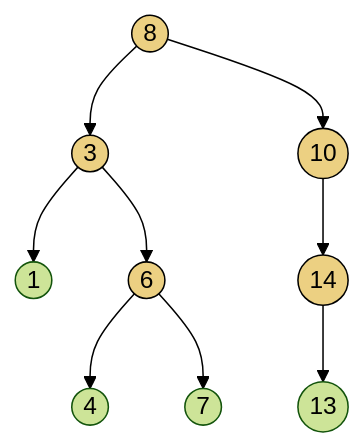
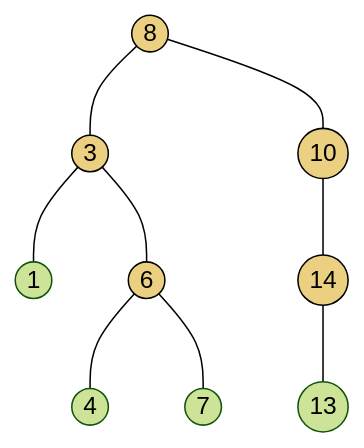
Before and after one commit to ruslylove/datastruct: the ninth of 9 diagrams in lectures/lect-9-Trees.md, drawn with Mermaid (forest theme). The commit also changed other lines of this file and 19 other files, not shown here.

````diff
--- a/lectures/lect-9-Trees.md
+++ b/lectures/lect-9-Trees.md
@@ -528,17 +568,17 @@
 ```mermaid {scale:1.5}
 graph TD
-    A((8)) --> B((3))
-    A --> C((10))
-    B --> D((1))
-    B --> E((6))
-    C --> F((14))
-    E --> G((4))
-    E --> H((7))
-    F --> I((13))
+    A((8)) --- B((3))
+    A --- C((10))
+    B --- D((1))
+    B --- E((6))
+    C --- F((14))
+    E --- G((4))
+    E --- H((7))
+    F --- I((13))
 
     style A fill:#ecd082,stroke:black;
     style B fill:#ecd082,stroke:black;
     style C fill:#ecd082,stroke:black;
     style E fill:#ecd082,stroke:black;
     style F fill:#ecd082,stroke:black;
 ```
````
